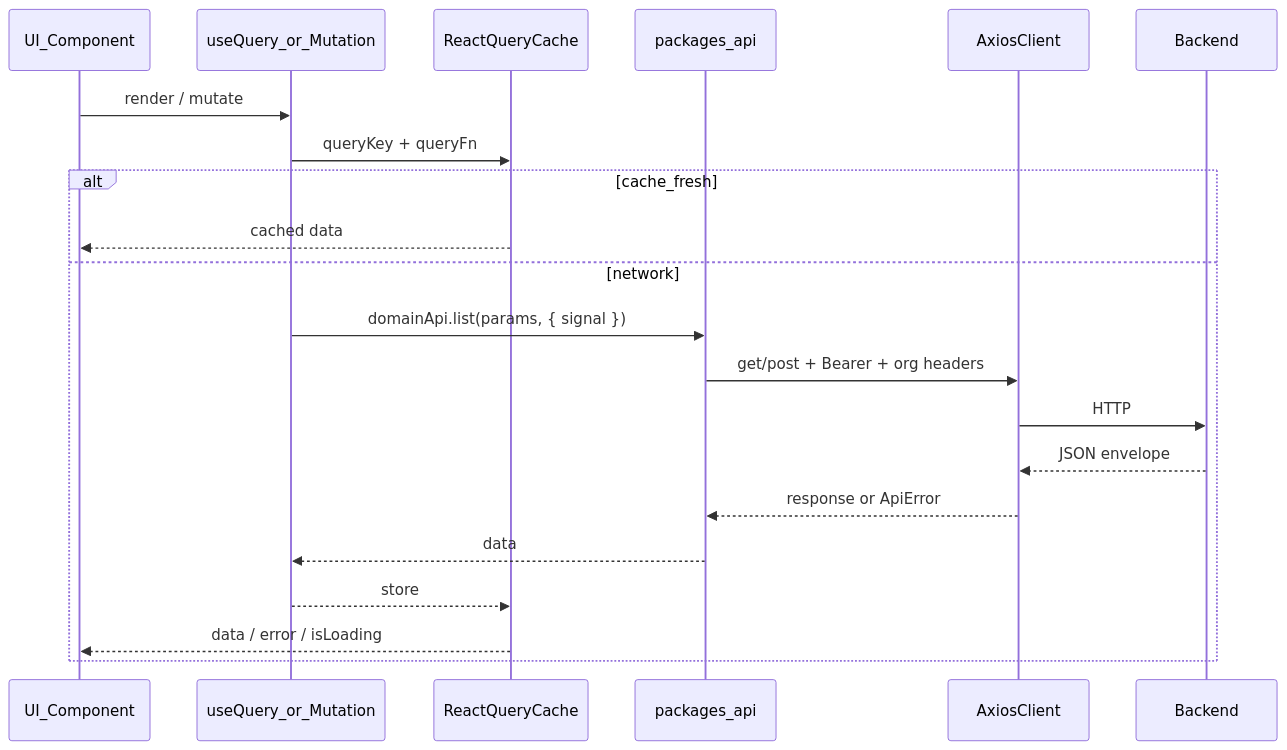
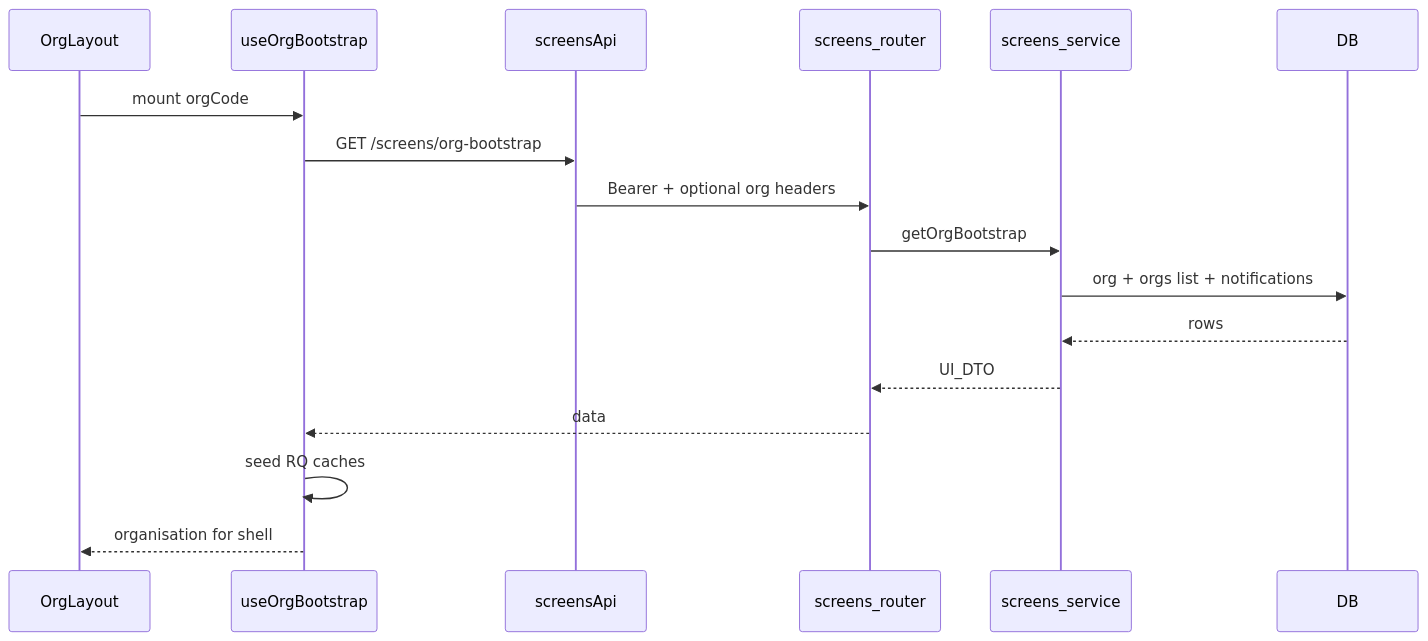
Before and after one commit to iampapaisarkar/mytask-timesheet-management: the second of 2 diagrams in docs/api-architecture.md, drawn with Mermaid. The commit also changed other lines of this file and 17 other files, not shown here.

First line of the commit message:
Add screen-oriented /api/screens aggregates for hot UI paths.

````diff
--- a/docs/api-architecture.md
+++ b/docs/api-architecture.md
@@ -51,24 +132,20 @@
 ```mermaid
 sequenceDiagram
-  participant UI as UI_Component
-  participant Hook as useQuery_or_Mutation
-  participant RQ as ReactQueryCache
-  participant API as packages_api
-  participant AX as AxiosClient
-  participant BE as Backend
+  participant UI as OrgLayout
+  participant Hook as useOrgBootstrap
+  participant API as screensApi
+  participant BE as screens_router
+  participant Svc as screens_service
+  participant DB as DB
 
-  UI->>Hook: render / mutate
-  Hook->>RQ: queryKey + queryFn
-  alt cache_fresh
-    RQ-->>UI: cached data
-  else network
-    Hook->>API: domainApi.list(params, { signal })
-    API->>AX: get/post + Bearer + org headers
-    AX->>BE: HTTP
-    BE-->>AX: JSON envelope
-    AX-->>API: response or ApiError
-    API-->>Hook: data
-    Hook-->>RQ: store
-    RQ-->>UI: data / error / isLoading
-  end
+  UI->>Hook: mount orgCode
+  Hook->>API: GET /screens/org-bootstrap
+  API->>BE: Bearer + optional org headers
+  BE->>Svc: getOrgBootstrap
+  Svc->>DB: org + orgs list + notifications
+  DB-->>Svc: rows
+  Svc-->>BE: UI_DTO
+  BE-->>Hook: data
+  Hook->>Hook: seed RQ caches
+  Hook-->>UI: organisation for shell
 ```
````
